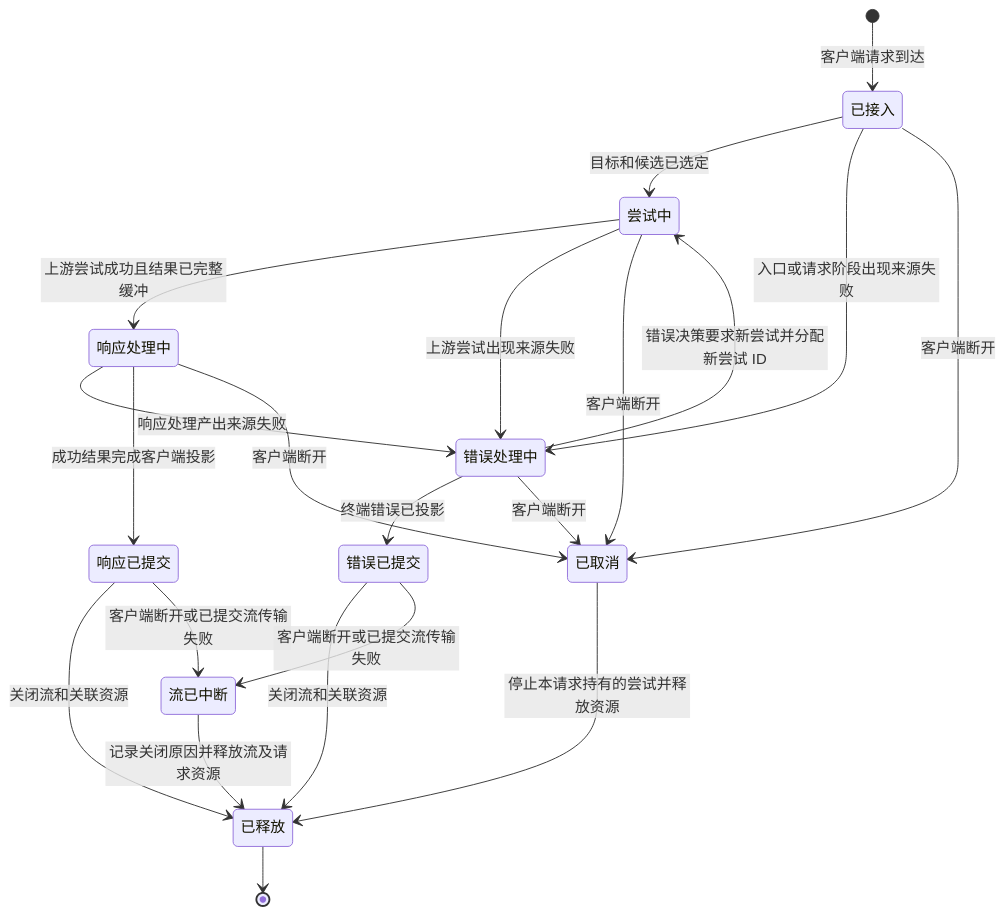
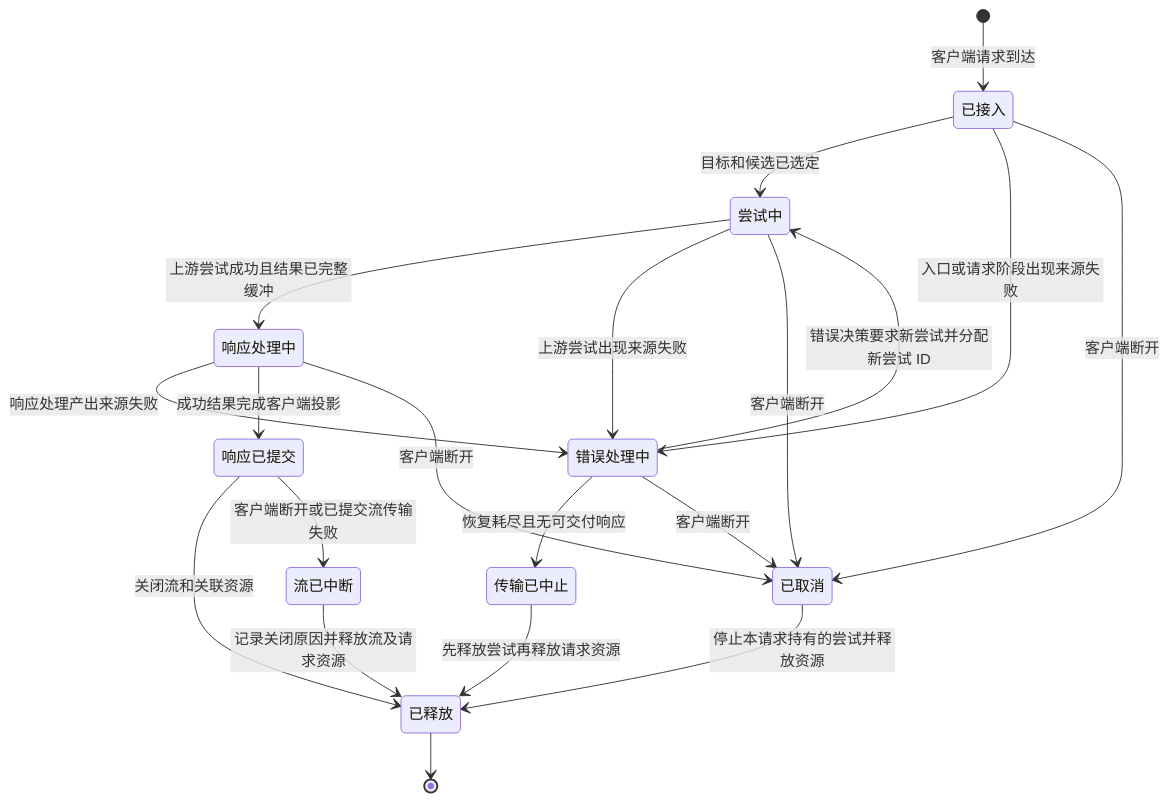
One commit to Jasonzhangf/routecodex changed the fourth of 4 diagrams in docs/architecture/dagpipe/v3-proxy-pipeline-target.md. Above: the diagram before and after it, drawn with Mermaid. The commit also changed other lines of this file and 20 other files, not shown here.

````diff
--- a/docs/architecture/dagpipe/v3-proxy-pipeline-target.md
+++ b/docs/architecture/dagpipe/v3-proxy-pipeline-target.md
@@ -106,23 +106,22 @@
 ```mermaid
 stateDiagram-v2
   [*] --> 已接入: 客户端请求到达
   已接入 --> 尝试中: 目标和候选已选定
   已接入 --> 错误处理中: 入口或请求阶段出现来源失败
   尝试中 --> 响应处理中: 上游尝试成功且结果已完整缓冲
   尝试中 --> 错误处理中: 上游尝试出现来源失败
   响应处理中 --> 错误处理中: 响应处理产出来源失败
   响应处理中 --> 响应已提交: 成功结果完成客户端投影
   错误处理中 --> 尝试中: 错误决策要求新尝试并分配新尝试 ID
-  错误处理中 --> 错误已提交: 终端错误已投影
+  错误处理中 --> 传输已中止: 恢复耗尽且无可交付响应
   已接入 --> 已取消: 客户端断开
   尝试中 --> 已取消: 客户端断开
   响应处理中 --> 已取消: 客户端断开
   错误处理中 --> 已取消: 客户端断开
   响应已提交 --> 已释放: 关闭流和关联资源
-  错误已提交 --> 已释放: 关闭流和关联资源
+  传输已中止 --> 已释放: 先释放尝试再释放请求资源
   已取消 --> 已释放: 停止本请求持有的尝试并释放资源
   响应已提交 --> 流已中断: 客户端断开或已提交流传输失败
-  错误已提交 --> 流已中断: 客户端断开或已提交流传输失败
   流已中断 --> 已释放: 记录关闭原因并释放流及请求资源
   已释放 --> [*]
 ```
````
